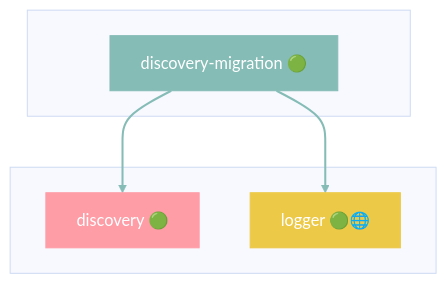
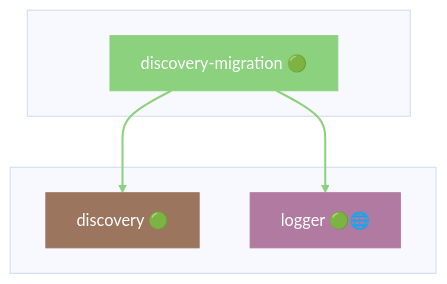
Before and after one commit to grest-ts/grest-ts: diagram 13 of 41 in docs/DEPENDENCIES.md, drawn with Mermaid (base theme). The commit also changed other lines of this file and 29 other files, not shown here.

````diff
--- a/docs/DEPENDENCIES.md
+++ b/docs/DEPENDENCIES.md
@@ -745,17 +755,17 @@
 ```mermaid
 flowchart TB
     subgraph Package[" "]
         discovery-migration["discovery-migration 🟢"]
     end
     subgraph Dependencies[" "]
         discovery["discovery 🟢"]
         logger["logger 🟢🌐"]
     end
     discovery-migration --> discovery
     discovery-migration --> logger
-    style discovery-migration fill:#86BCB6,stroke:#86BCB6,color:#fff
-    style discovery fill:#FF9DA7,stroke:#FF9DA7,color:#fff
-    style logger fill:#EDC948,stroke:#EDC948,color:#fff
-    linkStyle 0 stroke:#86BCB6,stroke-width:2px
-    linkStyle 1 stroke:#86BCB6,stroke-width:2px
+    style discovery-migration fill:#8CD17D,stroke:#8CD17D,color:#fff
+    style discovery fill:#9C755F,stroke:#9C755F,color:#fff
+    style logger fill:#B07AA1,stroke:#B07AA1,color:#fff
+    linkStyle 0 stroke:#8CD17D,stroke-width:2px
+    linkStyle 1 stroke:#8CD17D,stroke-width:2px
 ```
````
